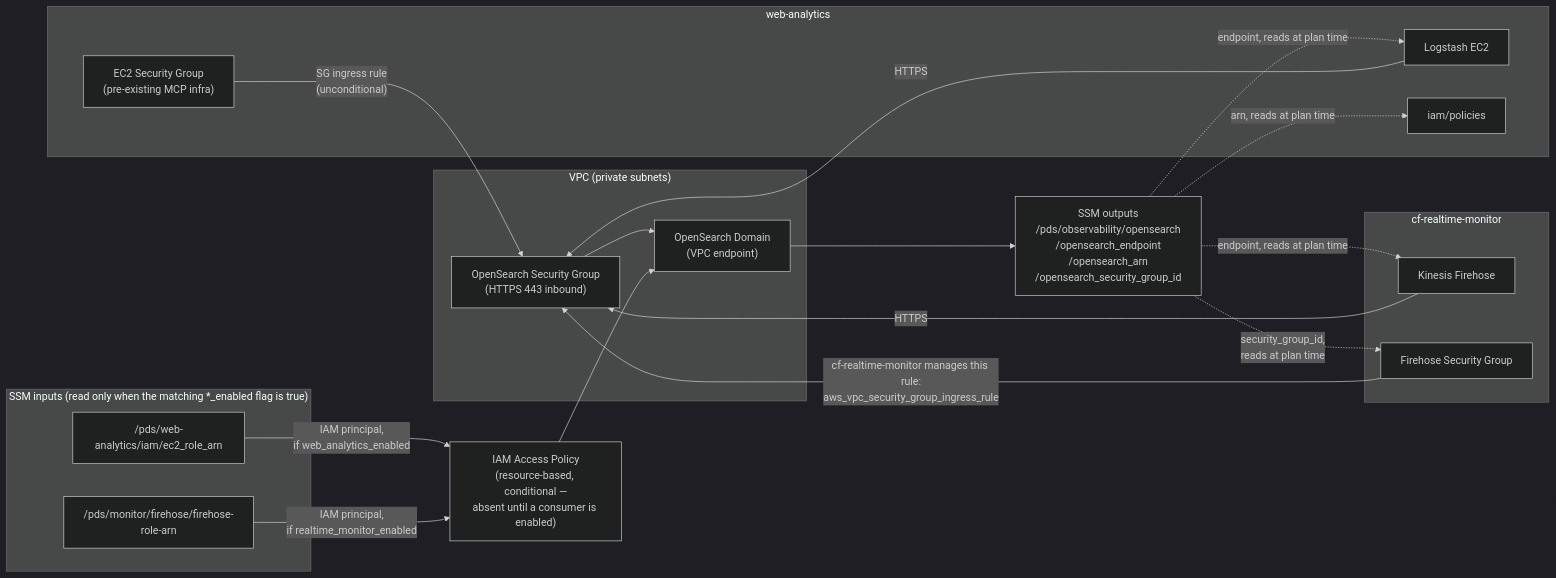
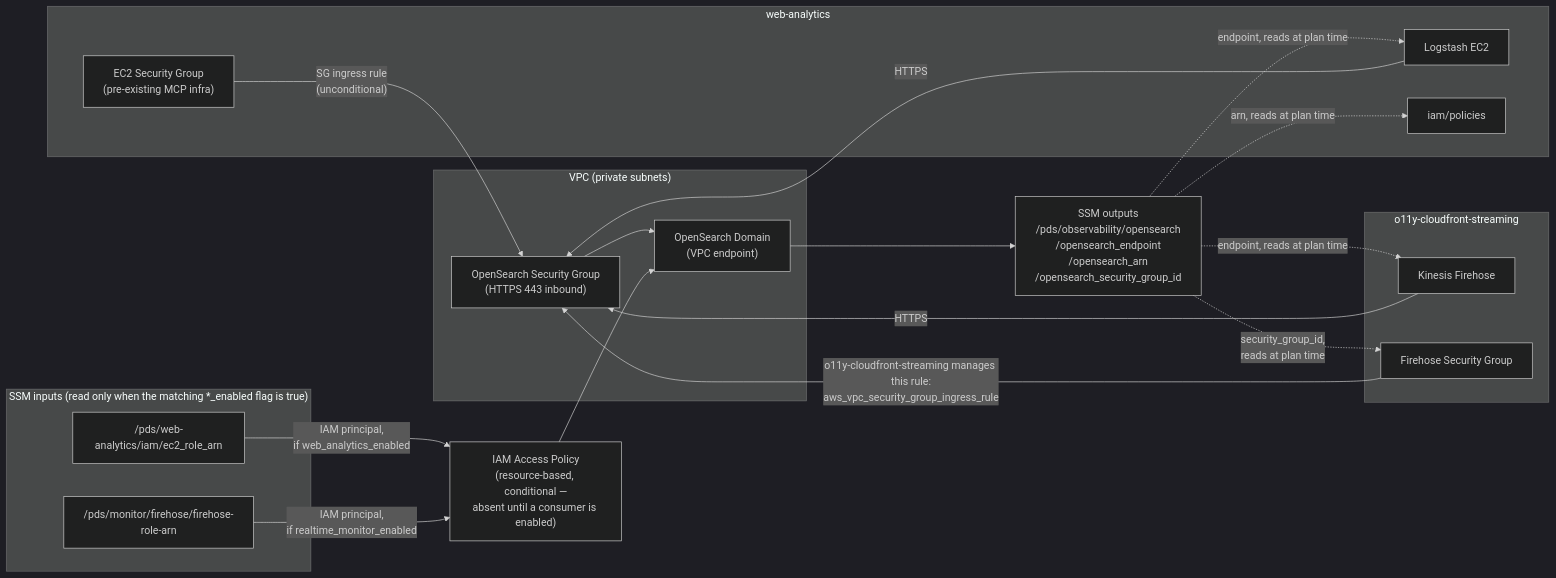
Before and after one commit to NASA-PDS/o11y-platform: the first of 2 diagrams in terraform/README.md, drawn with Mermaid (dark theme). The commit also changed other lines of this file and 4 other files, not shown here.

First line of the commit message:
Rename web-analytics-realtime/cf-realtime-monitor refs to o11y-cloudfront-streaming

````diff
--- a/terraform/README.md
+++ b/terraform/README.md
@@ -7,40 +7,40 @@
 ```mermaid
 flowchart LR
     subgraph vpc["VPC (private subnets)"]
         SG["OpenSearch Security Group\n(HTTPS 443 inbound)"]
         OS["OpenSearch Domain\n(VPC endpoint)"]
     end
 
     subgraph ssm_in["SSM inputs (read only when the matching *_enabled flag is true)"]
         EC2ARN["/pds/web-analytics/iam/ec2_role_arn"]
         FHARN["/pds/monitor/firehose/firehose-role-arn"]
     end
 
     POL["IAM Access Policy\n(resource-based, conditional —\nabsent until a consumer is enabled)"]
     SSM_OUT["SSM outputs\n/pds/observability/opensearch\n/opensearch_endpoint\n/opensearch_arn\n/opensearch_security_group_id"]
 
     subgraph wa["web-analytics"]
         LS["Logstash EC2"]
         EC2SG["EC2 Security Group\n(pre-existing MCP infra)"]
         WAIAM["iam/policies"]
     end
 
-    subgraph cf["cf-realtime-monitor"]
+    subgraph cf["o11y-cloudfront-streaming"]
         FH["Kinesis Firehose"]
         FHSG["Firehose Security Group"]
     end
 
     EC2SG -->|"SG ingress rule\n(unconditional)"| SG
     SG --> OS
     EC2ARN -->|"IAM principal,\nif web_analytics_enabled"| POL
     FHARN -->|"IAM principal,\nif realtime_monitor_enabled"| POL
     POL --> OS
     OS --> SSM_OUT
     SSM_OUT -.->|"endpoint, reads at plan time"| LS
     SSM_OUT -.->|"endpoint, reads at plan time"| FH
     SSM_OUT -.->|"arn, reads at plan time"| WAIAM
     SSM_OUT -.->|"security_group_id,\nreads at plan time"| FHSG
-    FHSG -->|"cf-realtime-monitor manages this rule:\naws_vpc_security_group_ingress_rule"| SG
+    FHSG -->|"o11y-cloudfront-streaming manages this rule:\naws_vpc_security_group_ingress_rule"| SG
     LS -->|"HTTPS"| SG
     FH -->|"HTTPS"| SG
 ```
````
